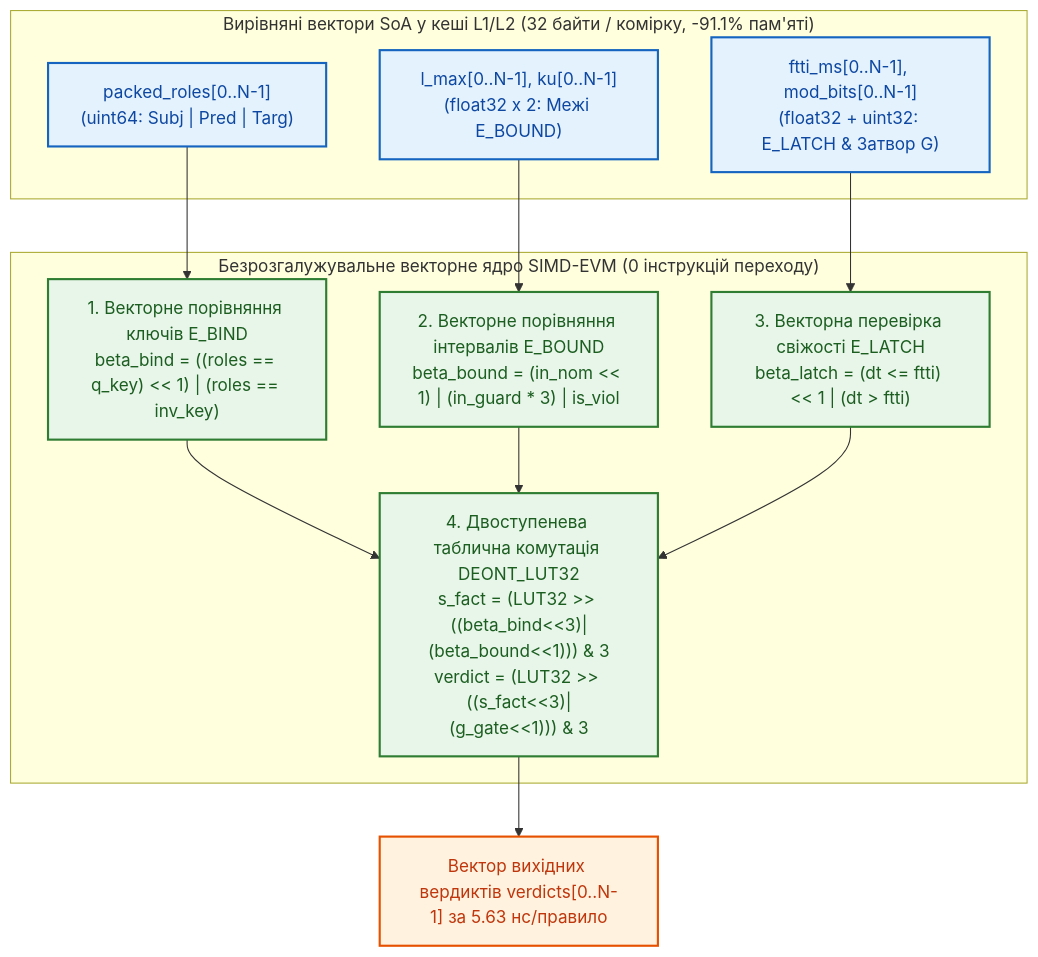
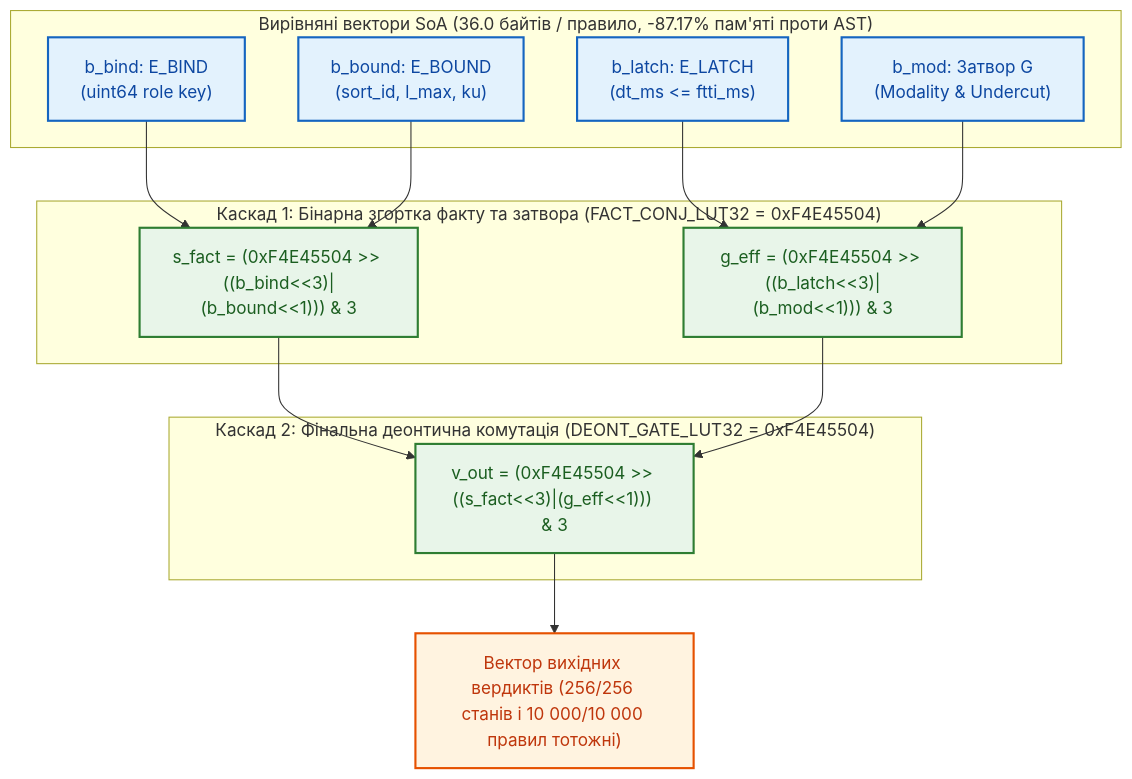
The diagram in Epistemic_Circuit_Theory/memo-08-simd-evm-microarchitecture-and-branchless-eisa-execution.md (nick-fedchik/articles), drawn with Mermaid before and after one commit. The commit also changed other lines of this file and 4 other files, not shown here.

````diff
--- a/Epistemic_Circuit_Theory/memo-08-simd-evm-microarchitecture-and-branchless-eisa-execution.md
+++ b/Epistemic_Circuit_Theory/memo-08-simd-evm-microarchitecture-and-branchless-eisa-execution.md
@@ -77,32 +76,34 @@
 ```mermaid
 flowchart TD
-    accTitle: Рисунок 1. Векторний конвеєр виконання SIMD-EVM над масивами SoA (32 байти на комірку)
-    accDescr: Схема демонструє одночасне векторне зчитування 8/16 правил із вирівняних масивів SoA у регістри SIMD, безрозгалужувальне обчислення бітів статусу E_BIND, E_BOUND, E_LATCH і фінальну комутацію через 32-бітну константу DEONT_LUT32.
+    accTitle: Рисунок 1. Двокаскадна безрозгалужувальна схема обчислення 4-входової комірки через константи LUT32 (0xF4E45504)
+    accDescr: Схема показує зчитування векторів SoA (36 байтів на правило), безрозгалужувальне обчислення чотирьох 2-бітних входів (b_bind, b_bound, b_latch, b_mod), перший каскад із двох паралельних таблиць FACT_CONJ_LUT32 для отримання s_fact і g_eff та другий каскад DEONT_GATE_LUT32 для отримання фінального вердикту.
 
-    subgraph SoAMemory ["Вирівняні вектори SoA у кеші L1/L2 (32 байти / комірку, -91.1% пам'яті)"]
-        R_ARR["packed_roles[0..N-1]\n(uint64: Subj | Pred | Targ)"]
-        B_ARR["l_max[0..N-1], ku[0..N-1]\n(float32 x 2: Межі E_BOUND)"]
-        T_ARR["ftti_ms[0..N-1], mod_bits[0..N-1]\n(float32 + uint32: E_LATCH & Затвор G)"]
+    subgraph SoAMemory ["Вирівняні вектори SoA (36.0 байтів / правило, -87.17% пам'яті проти AST)"]
+        IN_BIND["b_bind: E_BIND\n(uint64 role key)"]
+        IN_BOUND["b_bound: E_BOUND\n(sort_id, l_max, ku)"]
+        IN_LATCH["b_latch: E_LATCH\n(dt_ms <= ftti_ms)"]
+        IN_MOD["b_mod: Затвор G\n(Modality & Undercut)"]
     end
 
-    subgraph SIMDKernel ["Безрозгалужувальне векторне ядро SIMD-EVM (0 інструкцій переходу)"]
-        STAGE1["1. Векторне порівняння ключів E_BIND\nbeta_bind = ((roles == q_key) << 1) | (roles == inv_key)"]
-        STAGE2["2. Векторне порівняння інтервалів E_BOUND\nbeta_bound = (in_nom << 1) | (in_guard * 3) | is_viol"]
-        STAGE3["3. Векторна перевірка свіжості E_LATCH\nbeta_latch = (dt <= ftti) << 1 | (dt > ftti)"]
-        STAGE4["4. Двоступенева таблична комутація DEONT_LUT32\ns_fact = (LUT32 >> ((beta_bind<<3)|(beta_bound<<1))) & 3\nverdict = (LUT32 >> ((s_fact<<3)|(g_gate<<1))) & 3"]
+    subgraph Stage1 ["Каскад 1: Бінарна згортка факту та затвора (FACT_CONJ_LUT32 = 0xF4E45504)"]
+        LUT_S["s_fact = (0xF4E45504 >> ((b_bind<<3)|(b_bound<<1))) & 3"]
+        LUT_G["g_eff = (0xF4E45504 >> ((b_latch<<3)|(b_mod<<1))) & 3"]
     end
 
-    R_ARR --> STAGE1
-    B_ARR --> STAGE2
-    T_ARR --> STAGE3
-    STAGE1 & STAGE2 & STAGE3 --> STAGE4
-    STAGE4 --> OUT_VEC["Вектор вихідних вердиктів verdicts[0..N-1] за 5.63 нс/правило"]
+    subgraph Stage2 ["Каскад 2: Фінальна деонтична комутація (DEONT_GATE_LUT32 = 0xF4E45504)"]
+        LUT_D["v_out = (0xF4E45504 >> ((s_fact<<3)|(g_eff<<1))) & 3"]
+    end
+
+    IN_BIND & IN_BOUND --> LUT_S
+    IN_LATCH & IN_MOD --> LUT_G
+    LUT_S & LUT_G --> LUT_D
+    LUT_D --> OUT["Вектор вихідних вердиктів (256/256 станів і 10 000/10 000 правил тотожні)"]
 
     classDef memStyle fill:#e3f2fd,stroke:#1565c0,stroke-width:2px,color:#0d47a1;
-    classDef simdStyle fill:#e8f5e9,stroke:#2e7d32,stroke-width:2px,color:#1b5e20;
+    classDef lutStyle fill:#e8f5e9,stroke:#2e7d32,stroke-width:2px,color:#1b5e20;
     classDef outStyle fill:#fff3e0,stroke:#e65100,stroke-width:2px,color:#bf360c;
 
-    class R_ARR,B_ARR,T_ARR memStyle;
-    class STAGE1,STAGE2,STAGE3,STAGE4 simdStyle;
-    class OUT_VEC outStyle;
+    class IN_BIND,IN_BOUND,IN_LATCH,IN_MOD memStyle;
+    class LUT_S,LUT_G,LUT_D lutStyle;
+    class OUT outStyle;
 ```
````
